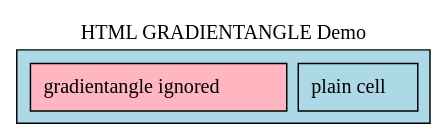
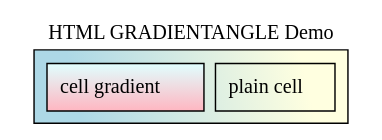
Before and after one commit to mert-kurttutan/layout: the diagram in inputs/html_gradientangle_demo.dot, drawn with Graphviz. The commit also changed 6 other files, not shown here.

```diff
--- a/inputs/html_gradientangle_demo.dot
+++ b/inputs/html_gradientangle_demo.dot
@@ -1,15 +1,15 @@
 digraph HtmlGradientAngleDemo {
     label="HTML GRADIENTANGLE Demo";
     labelloc=t;
 
     node [shape=plain];
 
     gradient [label=<
-        <TABLE BORDER="1" CELLBORDER="1" CELLSPACING="8" CELLPADDING="8" BGCOLOR="lightblue" GRADIENTANGLE="45">
+        <TABLE BORDER="1" CELLBORDER="1" CELLSPACING="8" CELLPADDING="8" BGCOLOR="lightblue:lightyellow" GRADIENTANGLE="45">
             <TR>
-                <TD BGCOLOR="lightpink" GRADIENTANGLE="90">gradientangle ignored</TD>
+                <TD BGCOLOR="lightpink:lightcyan" GRADIENTANGLE="90">cell gradient</TD>
                 <TD>plain cell</TD>
             </TR>
         </TABLE>
     >];
 }
```
